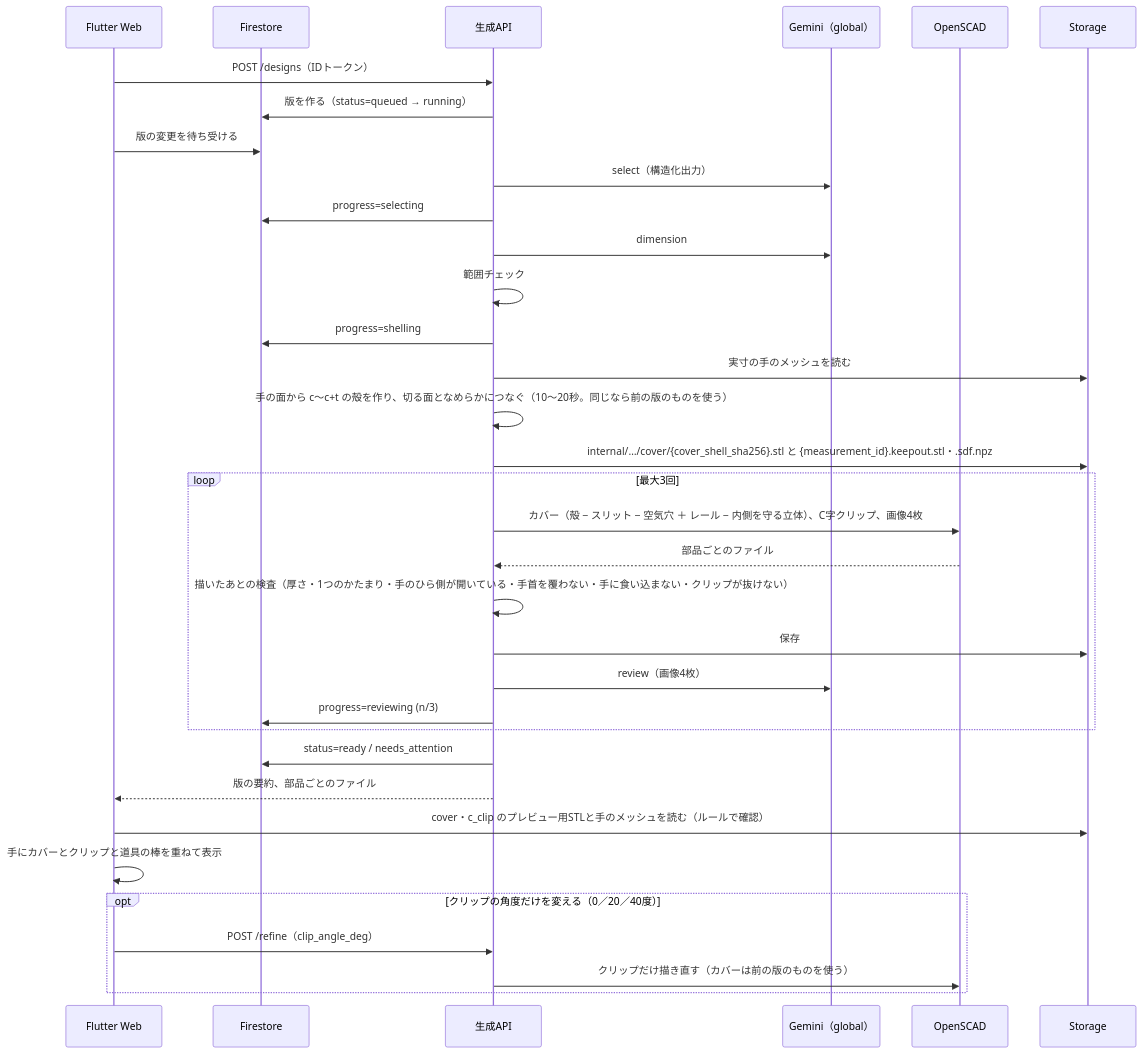
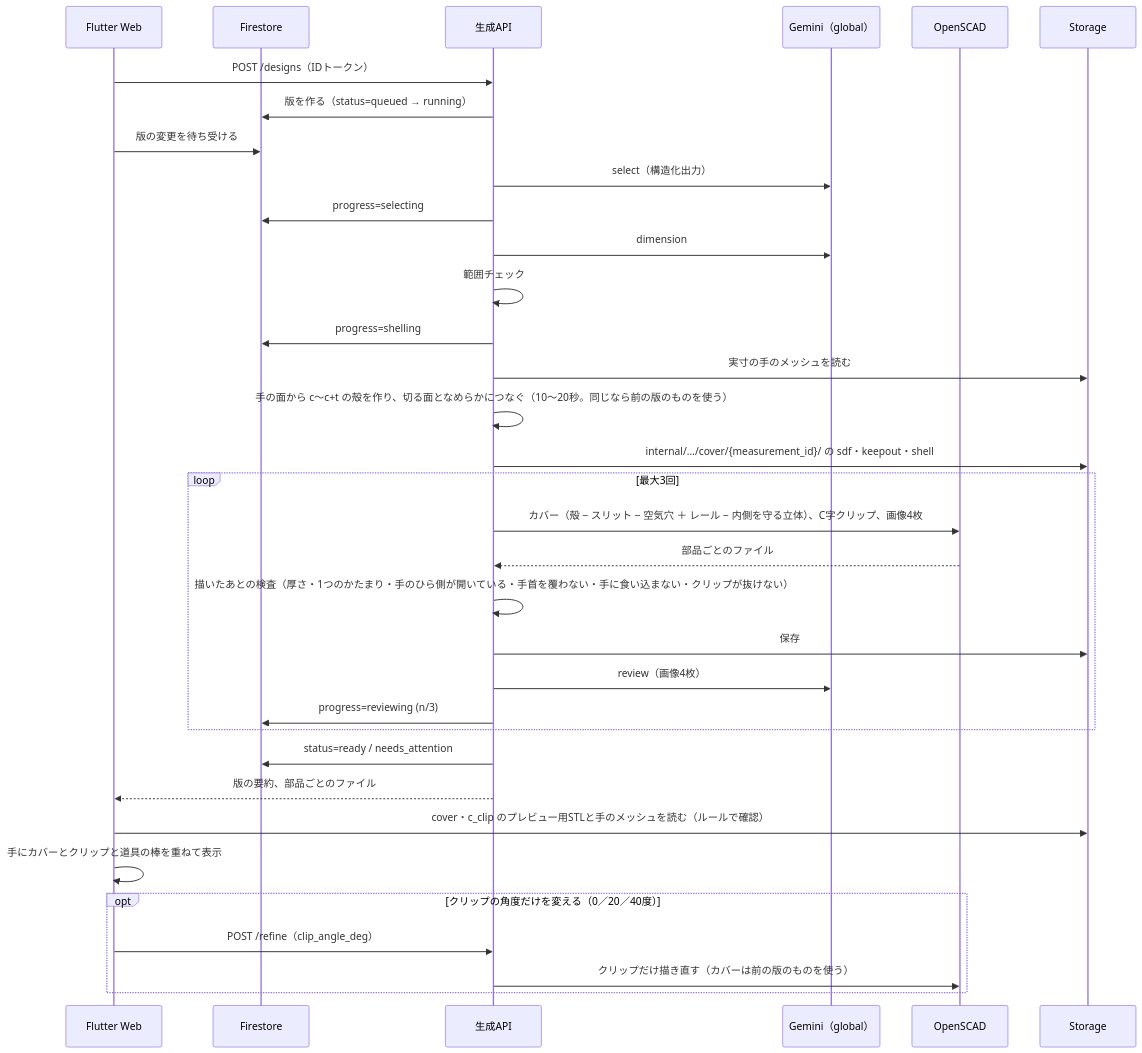
The third of 4 diagrams in docs/architecture.md (Devfest-Hackathon-2026/df-2026-t101), drawn with Mermaid before and after one commit. The commit also changed 376 other files, not shown here.

First line of the commit message:
Add new wiring and measurement schemas, and fetch script for MediaPipe

````diff
--- a/docs/architecture.md
+++ b/docs/architecture.md
@@ -137,36 +137,36 @@
 ```mermaid
 sequenceDiagram
   participant App as Flutter Web
   participant FS as Firestore
   participant API as 生成API
   participant G as Gemini（global）
   participant SC as OpenSCAD
   participant ST as Storage
   App->>API: POST /designs（IDトークン）
   API->>FS: 版を作る（status=queued → running）
   App->>FS: 版の変更を待ち受ける
   API->>G: select（構造化出力）
   API->>FS: progress=selecting
   API->>G: dimension
   API->>API: 範囲チェック
   API->>FS: progress=shelling
   API->>ST: 実寸の手のメッシュを読む
   API->>API: 手の面から c〜c+t の殻を作り、切る面となめらかにつなぐ（10〜20秒。同じなら前の版のものを使う）
-  API->>ST: internal/…/cover/{cover_shell_sha256}.stl と {measurement_id}.keepout.stl・.sdf.npz
+  API->>ST: internal/…/cover/{measurement_id}/ の sdf・keepout・shell
   loop 最大3回
     API->>SC: カバー（殻 − スリット − 空気穴 ＋ レール − 内側を守る立体）、C字クリップ、画像4枚
     SC-->>API: 部品ごとのファイル
     API->>API: 描いたあとの検査（厚さ・1つのかたまり・手のひら側が開いている・手首を覆わない・手に食い込まない・クリップが抜けない）
     API->>ST: 保存
     API->>G: review（画像4枚）
     API->>FS: progress=reviewing (n/3)
   end
   API->>FS: status=ready / needs_attention
   API-->>App: 版の要約、部品ごとのファイル
   App->>ST: cover・c_clip のプレビュー用STLと手のメッシュを読む（ルールで確認）
   App->>App: 手にカバーとクリップと道具の棒を重ねて表示
   opt クリップの角度だけを変える（0／20／40度）
     App->>API: POST /refine（clip_angle_deg）
     API->>SC: クリップだけ描き直す（カバーは前の版のものを使う）
   end
 ```
````
